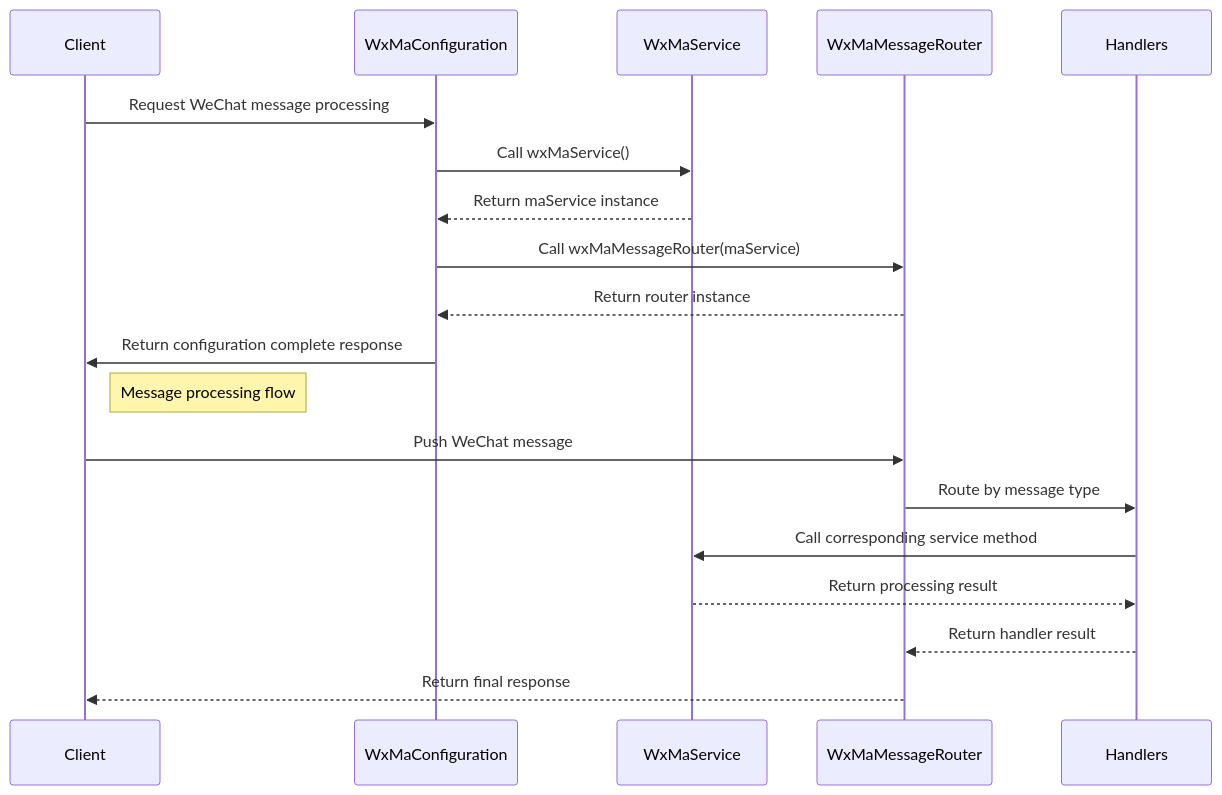
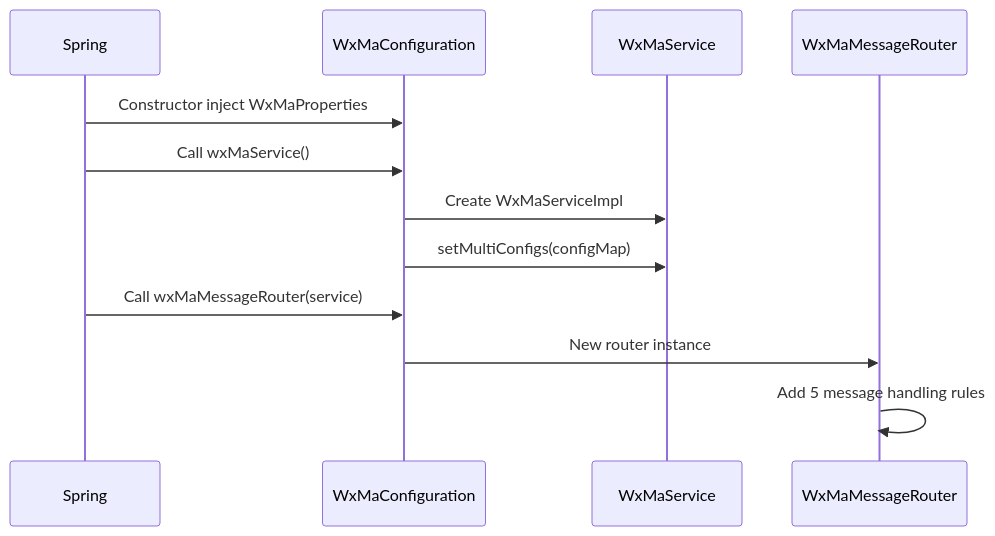
One commit to v-wjrong/rongwj666_weixin-java-miniapp-demo changed the third of 3 diagrams in docs/en/docs/src/main/java/com/github/binarywang/demo/wx/miniapp/config/WxMaConfiguration.md. Above: the diagram before and after it, drawn with Mermaid. The commit also changed other lines of this file and 49 other files, not shown here.

````diff
--- a/docs/en/docs/src/main/java/com/github/binarywang/demo/wx/miniapp/config/WxMaConfiguration.md
+++ b/docs/en/docs/src/main/java/com/github/binarywang/demo/wx/miniapp/config/WxMaConfiguration.md
@@ -153,23 +150,15 @@
 ```mermaid
 sequenceDiagram
-    participant C as Client
-    participant W as WxMaConfiguration
-    participant S as WxMaService
-    participant R as WxMaMessageRouter
-    participant H as Handlers
+    participant Spring
+    participant Config as WxMaConfiguration
+    participant Service as WxMaService
+    participant Router as WxMaMessageRouter
 
-    C->>W: Request WeChat message processing
-    W->>S: Call wxMaService()
-    S-->>W: Return maService instance
-    W->>R: Call wxMaMessageRouter(maService)
-    R-->>W: Return router instance
-    W->>C: Return configuration complete response
-
-    Note right of C: Message processing flow
-    C->>R: Push WeChat message
-    R->>H: Route by message type
-    H->>S: Call corresponding service method
-    S-->>H: Return processing result
-    H-->>R: Return handler result
-    R-->>C: Return final response
+    Spring->>Config: Constructor inject WxMaProperties
+    Spring->>Config: Call wxMaService()
+    Config->>Service: Create WxMaServiceImpl
+    Config->>Service: setMultiConfigs(configMap)
+    Spring->>Config: Call wxMaMessageRouter(service)
+    Config->>Router: New router instance
+    Router->>Router: Add 5 message handling rules
 ```
````
